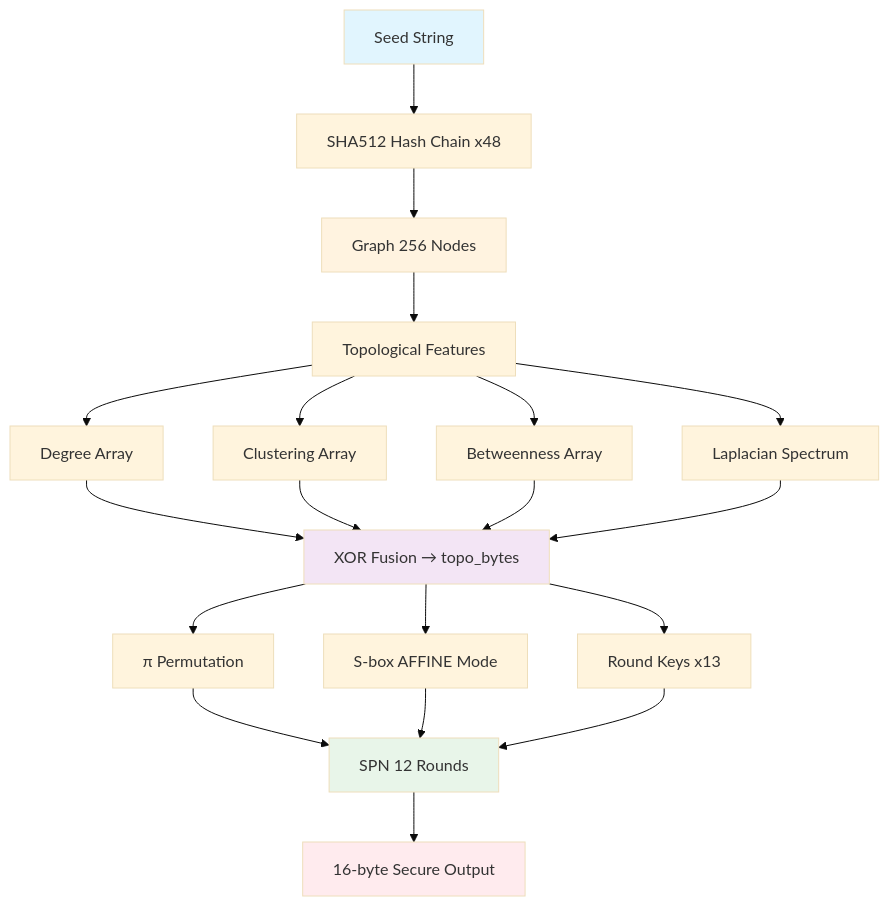
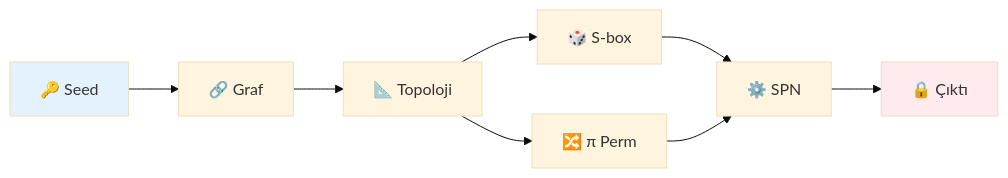
One commit to yusufkrnz/Graph_based_cryptography changed the diagram in README.md. Above: the diagram before and after it, drawn with Mermaid (base theme). The commit also changed other lines of this file, not shown here.

````diff
--- a/README.md
+++ b/README.md
@@ -201,22 +79,13 @@
 ```mermaid
-flowchart TD
-    A[Seed String] --> B[SHA512 Hash Chain x48]
-    B --> C[Graph 256 Nodes]
-    C --> D[Topological Features]
-    D --> E[Degree Array]
-    D --> F[Clustering Array]
-    D --> G[Betweenness Array]
-    D --> H[Laplacian Spectrum]
-    E & F & G & H --> I[XOR Fusion → topo_bytes]
-    I --> J[π Permutation]
-    I --> K[S-box AFFINE Mode]
-    I --> L[Round Keys x13]
-    J & K & L --> M[SPN 12 Rounds]
-    M --> N[16-byte Secure Output]
+flowchart LR
+    A[🔑 Seed] --> B[🔗 Graf]
+    B --> C[📐 Topoloji]
+    C --> D[🎲 S-box]
+    C --> E[🔀 π Perm]
+    D --> F[⚙️ SPN]
+    E --> F
+    F --> G[🔒 Çıktı]
     
-    style A fill:#e1f5fe
-    style C fill:#fff3e0
-    style I fill:#f3e5f5
-    style M fill:#e8f5e9
-    style N fill:#ffebee
+    style A fill:#e3f2fd
+    style G fill:#ffebee
 ```
````
